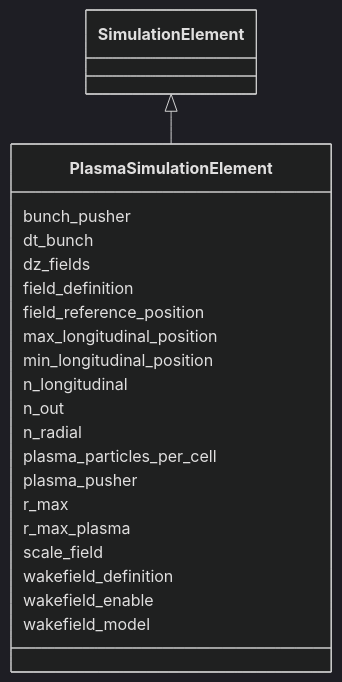
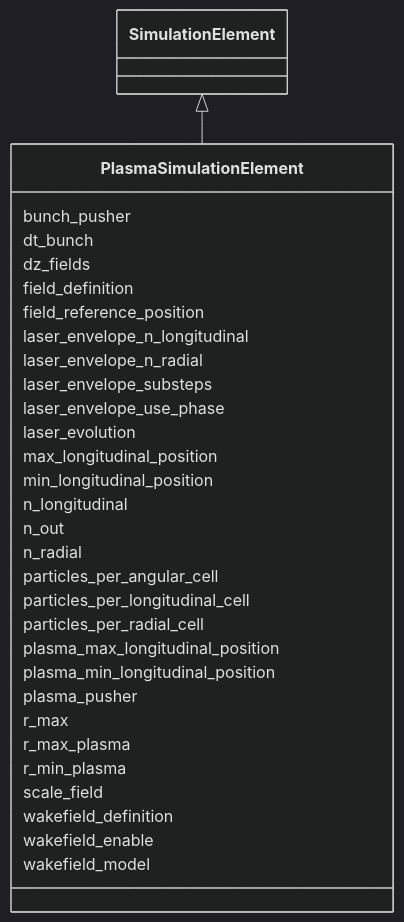
Before and after one commit to astec-stfc/laura: the diagram in docs/source/schema/PlasmaSimulationElement.md, drawn with Mermaid (dark theme). The commit also changed other lines of this file and 84 other files, not shown here.

Commit message:
add hollow plasma, additional laser simulation attrs, plasma ionization settings

````diff
--- a/docs/source/schema/PlasmaSimulationElement.md
+++ b/docs/source/schema/PlasmaSimulationElement.md
@@ -18,45 +18,65 @@
 ```mermaid
  classDiagram
     class PlasmaSimulationElement
     click PlasmaSimulationElement href "../PlasmaSimulationElement/"
       SimulationElement <|-- PlasmaSimulationElement
         click SimulationElement href "../SimulationElement/"
       
       PlasmaSimulationElement : bunch_pusher
         
       PlasmaSimulationElement : dt_bunch
         
       PlasmaSimulationElement : dz_fields
         
       PlasmaSimulationElement : field_definition
         
       PlasmaSimulationElement : field_reference_position
         
+      PlasmaSimulationElement : laser_envelope_n_longitudinal
+        
+      PlasmaSimulationElement : laser_envelope_n_radial
+        
+      PlasmaSimulationElement : laser_envelope_substeps
+        
+      PlasmaSimulationElement : laser_envelope_use_phase
+        
+      PlasmaSimulationElement : laser_evolution
+        
       PlasmaSimulationElement : max_longitudinal_position
         
       PlasmaSimulationElement : min_longitudinal_position
         
       PlasmaSimulationElement : n_longitudinal
         
       PlasmaSimulationElement : n_out
         
       PlasmaSimulationElement : n_radial
         
-      PlasmaSimulationElement : plasma_particles_per_cell
+      PlasmaSimulationElement : particles_per_angular_cell
+        
+      PlasmaSimulationElement : particles_per_longitudinal_cell
+        
+      PlasmaSimulationElement : particles_per_radial_cell
+        
+      PlasmaSimulationElement : plasma_max_longitudinal_position
+        
+      PlasmaSimulationElement : plasma_min_longitudinal_position
         
       PlasmaSimulationElement : plasma_pusher
         
       PlasmaSimulationElement : r_max
         
       PlasmaSimulationElement : r_max_plasma
+        
+      PlasmaSimulationElement : r_min_plasma
         
       PlasmaSimulationElement : scale_field
         
       PlasmaSimulationElement : wakefield_definition
         
       PlasmaSimulationElement : wakefield_enable
         
       PlasmaSimulationElement : wakefield_model
         
       
 ```
````
